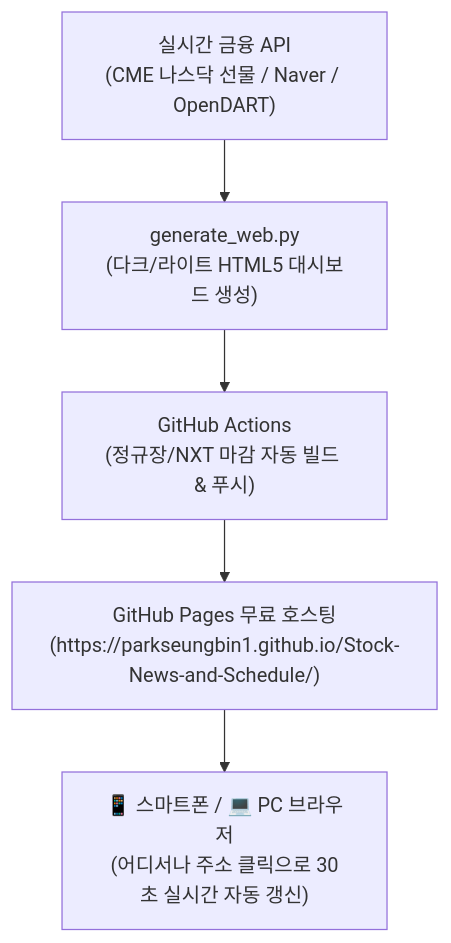
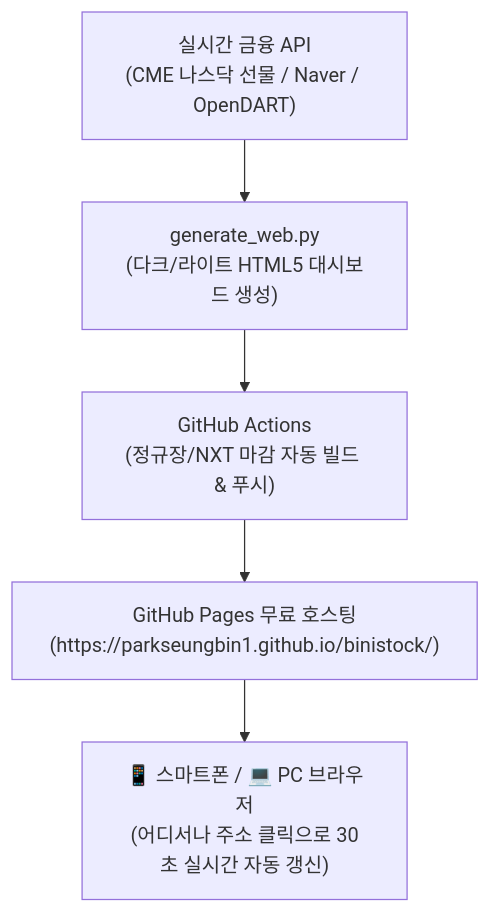
One commit to parkseungbin1/Stock-News-and-Schedule changed the diagram in WEB_DASHBOARD_GUIDE.md. Above: the diagram before and after it, drawn with Mermaid. The commit also changed other lines of this file and 5 other files, not shown here.

Commit message:
chore: update GitHub Pages URL and repo references to binistock

````diff
--- a/WEB_DASHBOARD_GUIDE.md
+++ b/WEB_DASHBOARD_GUIDE.md
@@ -9,7 +9,7 @@
 ```mermaid
 flowchart TD
     A["실시간 금융 API\n(CME 나스닥 선물 / Naver / OpenDART)"] --> B["generate_web.py\n(다크/라이트 HTML5 대시보드 생성)"]
     B --> C["GitHub Actions\n(정규장/NXT 마감 자동 빌드 & 푸시)"]
-    C --> D["GitHub Pages 무료 호스팅\n(https://parkseungbin1.github.io/Stock-News-and-Schedule/)"]
+    C --> D["GitHub Pages 무료 호스팅\n(https://parkseungbin1.github.io/binistock/)"]
     D --> E["📱 스마트폰 / 💻 PC 브라우저\n(어디서나 주소 클릭으로 30초 실시간 자동 갱신)"]
 ```
````
